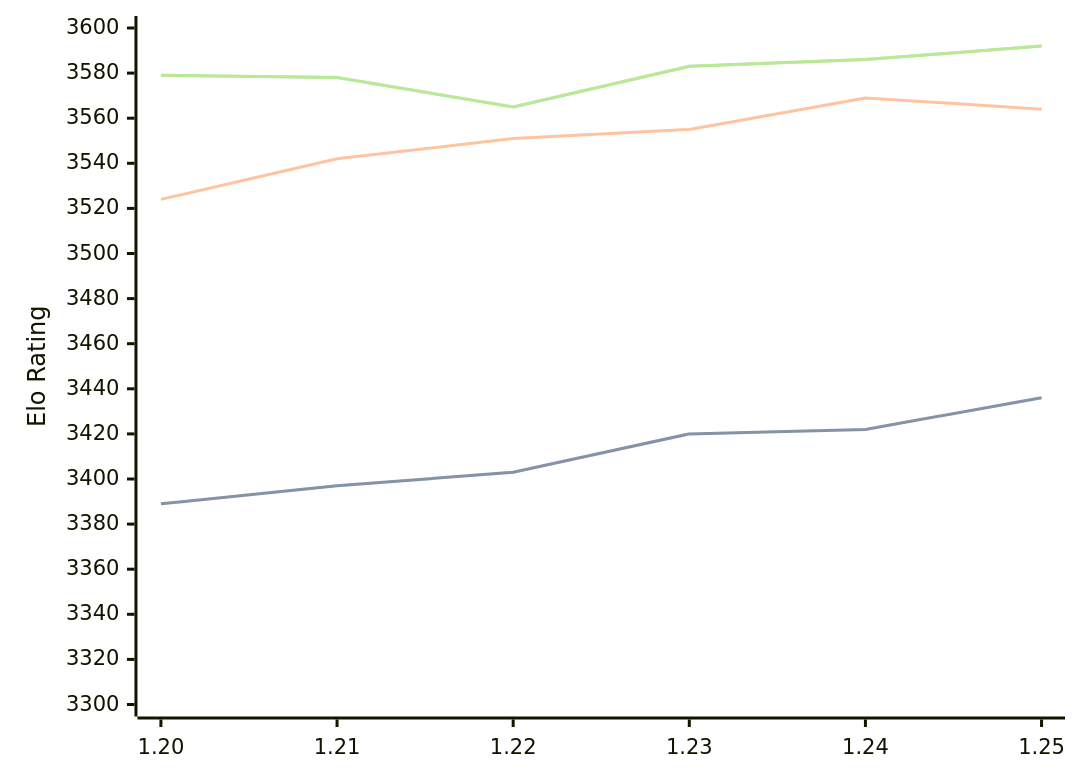
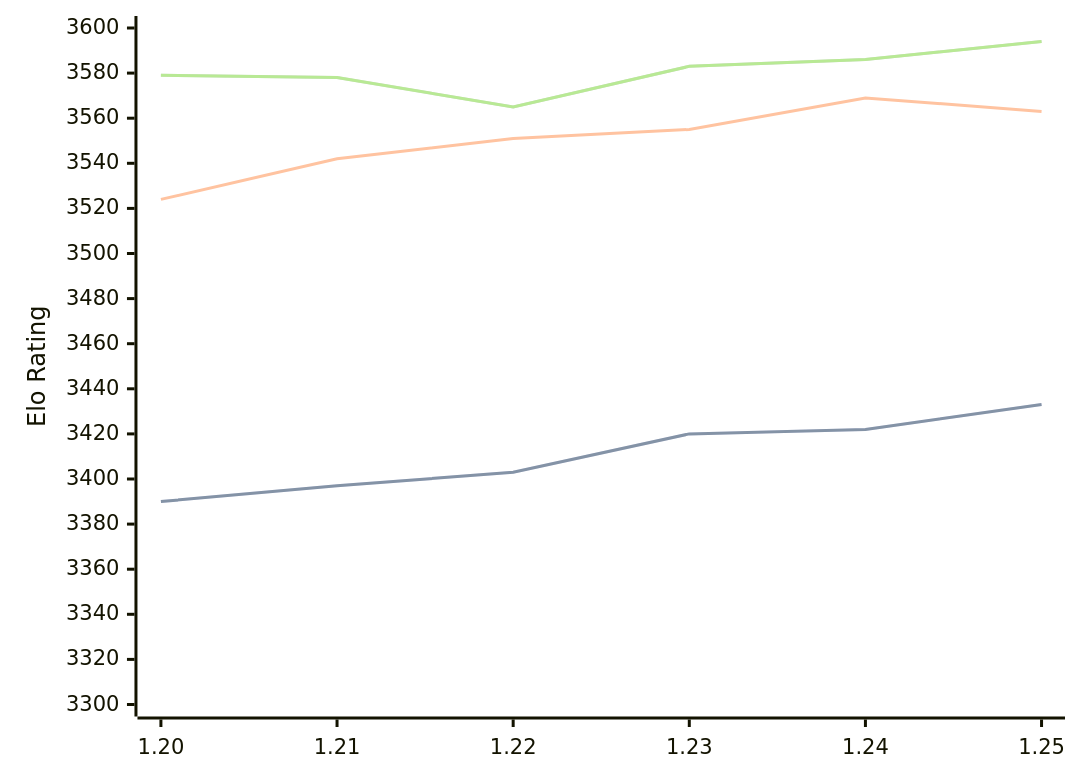
One commit to computer-chess-index/cci changed the diagram in engines/Caissa.md. Above: the diagram before and after it, drawn with Mermaid. The commit also changed other lines of this file, not shown here.

Commit message:
Update CCI Ratings (ELO VLTC) - 2026-04-16

````diff
--- a/engines/Caissa.md
+++ b/engines/Caissa.md
@@ -65,11 +65,11 @@
 ```mermaid
 %%{init: {"theme":"base","themeVariables":{"seriesColors:['#a3a3a3','#222221','#faa371']}}}%%
 xychart-beta
   x-axis ["1.20", "1.21", "1.22", "1.23", "1.24", "1.25"]
   y-axis "Elo Rating" 3300 --> 3600
-  line "STC (8.0+0.08s)" [3389, 3397, 3403, 3420, 3422, 3436]
-  line "STC (8.0+0.08s)" [3389, 3397, 3403, 3420, 3422, 3436]
-  line "LTC (60.0+0.60s)" [3524, 3542, 3551, 3555, 3569, 3564]
-  line "VLTC (2m24s+1.12s)" [3579, 3578, 3565, 3583, 3586, 3592]
-  line "VLTC (2m24s+1.12s)" [3579, 3578, 3565, 3583, 3586, 3592]
+  line "STC (8.0+0.08s)" [3390, 3397, 3403, 3420, 3422, 3433]
+  line "STC (8.0+0.08s)" [3390, 3397, 3403, 3420, 3422, 3433]
+  line "LTC (60.0+0.60s)" [3524, 3542, 3551, 3555, 3569, 3563]
+  line "VLTC (2m24s+1.12s)" [3579, 3578, 3565, 3583, 3586, 3594]
+  line "VLTC (2m24s+1.12s)" [3579, 3578, 3565, 3583, 3586, 3594]
 ```
````
